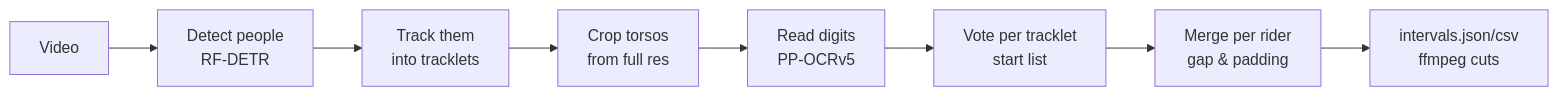
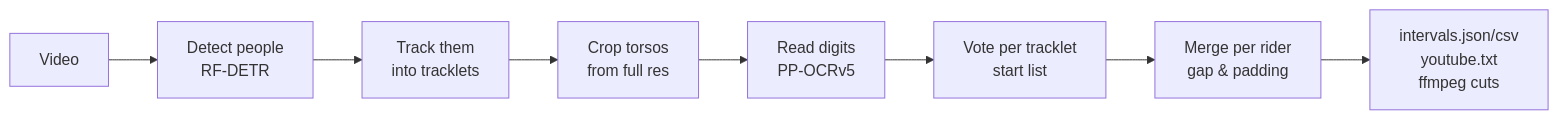
One commit to kratocz/bibcut changed the diagram in README.md. Above: the diagram before and after it, drawn with Mermaid. The commit also changed other lines of this file and 5 other files, not shown here.

````diff
--- a/README.md
+++ b/README.md
@@ -84,10 +97,10 @@
 ```mermaid
 flowchart LR
     V[Video] --> D[Detect people<br/>RF-DETR]
     D --> T[Track them<br/>into tracklets]
     T --> C[Crop torsos<br/>from full res]
     C --> R[Read digits<br/>PP-OCRv5]
     R --> W[Vote per tracklet<br/>start list]
     W --> M[Merge per rider<br/>gap & padding]
-    M --> O[intervals.json/csv<br/>ffmpeg cuts]
+    M --> O[intervals.json/csv<br/>youtube.txt<br/>ffmpeg cuts]
 ```
````
